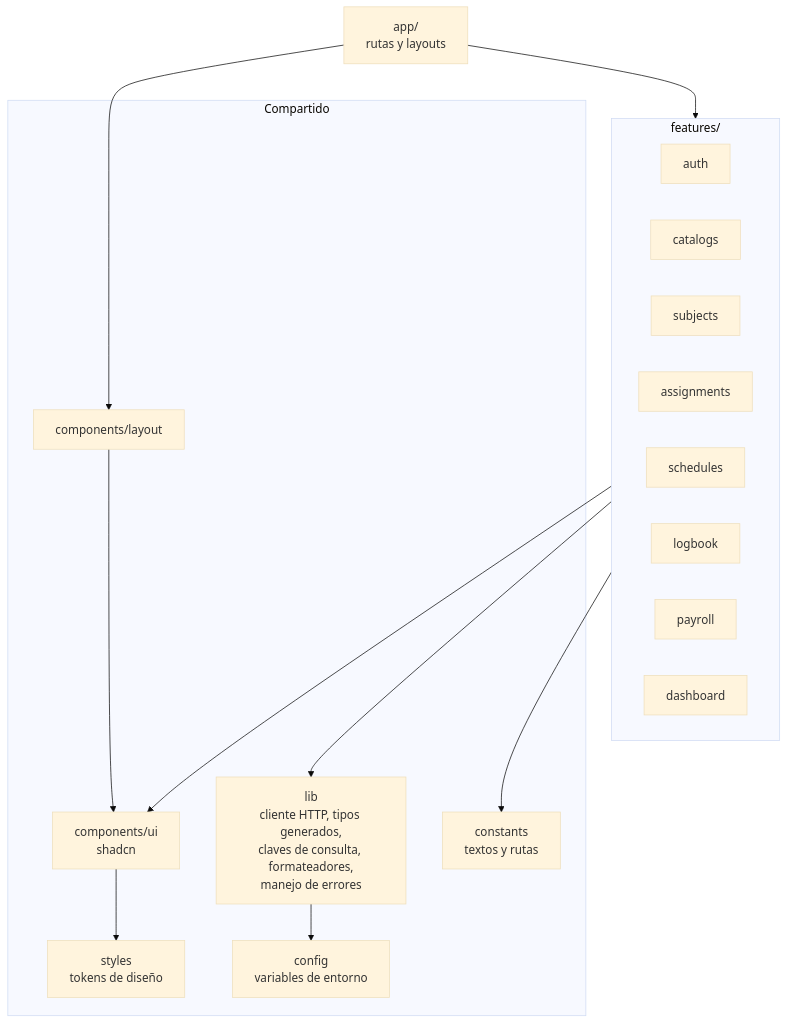
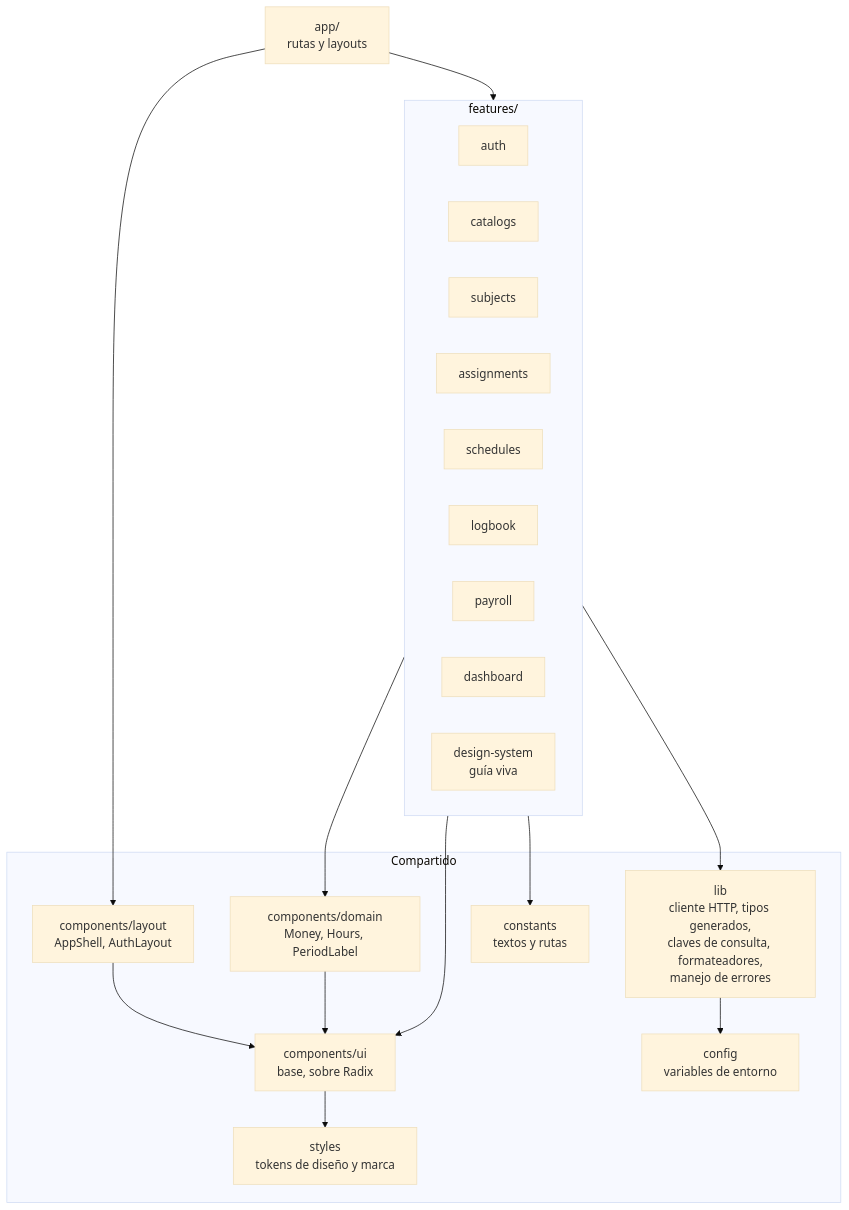
One commit to Joryox/nomina-docente changed the fourth of 7 diagrams in docs/arquitectura.md. Above: the diagram before and after it, drawn with Mermaid (base theme). The commit also changed other lines of this file and 14 other files, not shown here.

Commit message:
docs: documenta el sistema de diseño con capturas de la guía viva

````diff
--- a/docs/arquitectura.md
+++ b/docs/arquitectura.md
@@ -141,33 +141,37 @@
 ```mermaid
 flowchart TD
     app[app/<br/>rutas y layouts]
 
     subgraph features[features/]
         auth[auth]
         catalogs[catalogs]
         subjects[subjects]
         assignments[assignments]
         schedules[schedules]
         logbook[logbook]
         payroll[payroll]
         dashboard[dashboard]
+        designsystem[design-system<br/>guía viva]
     end
 
     subgraph shared[Compartido]
-        ui[components/ui<br/>shadcn]
-        layout[components/layout]
+        ui[components/ui<br/>base, sobre Radix]
+        domain[components/domain<br/>Money, Hours, PeriodLabel]
+        layout[components/layout<br/>AppShell, AuthLayout]
         lib[lib<br/>cliente HTTP, tipos generados,<br/>claves de consulta, formateadores,<br/>manejo de errores]
         config[config<br/>variables de entorno]
         constants[constants<br/>textos y rutas]
-        styles[styles<br/>tokens de diseño]
+        styles[styles<br/>tokens de diseño y marca]
     end
 
     app --> features
     app --> layout
     features --> ui
     features --> lib
     features --> constants
+    features --> domain
     layout --> ui
+    domain --> ui
     lib --> config
     ui --> styles
 ```
````
